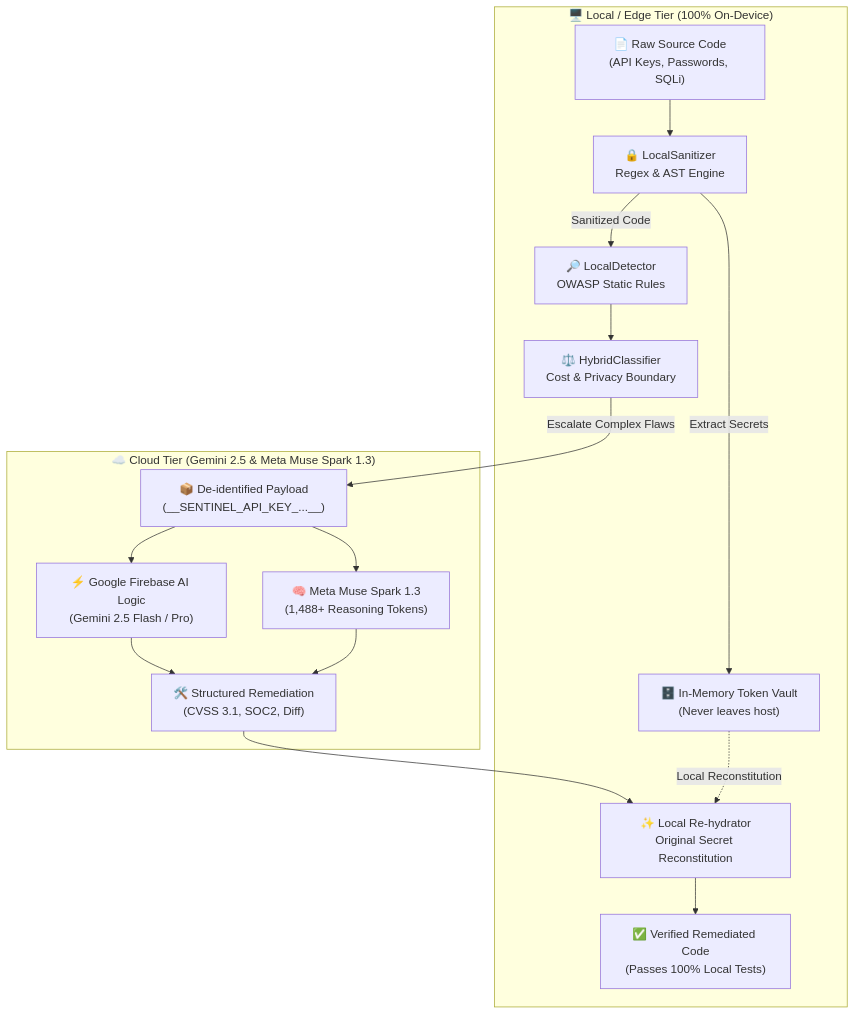
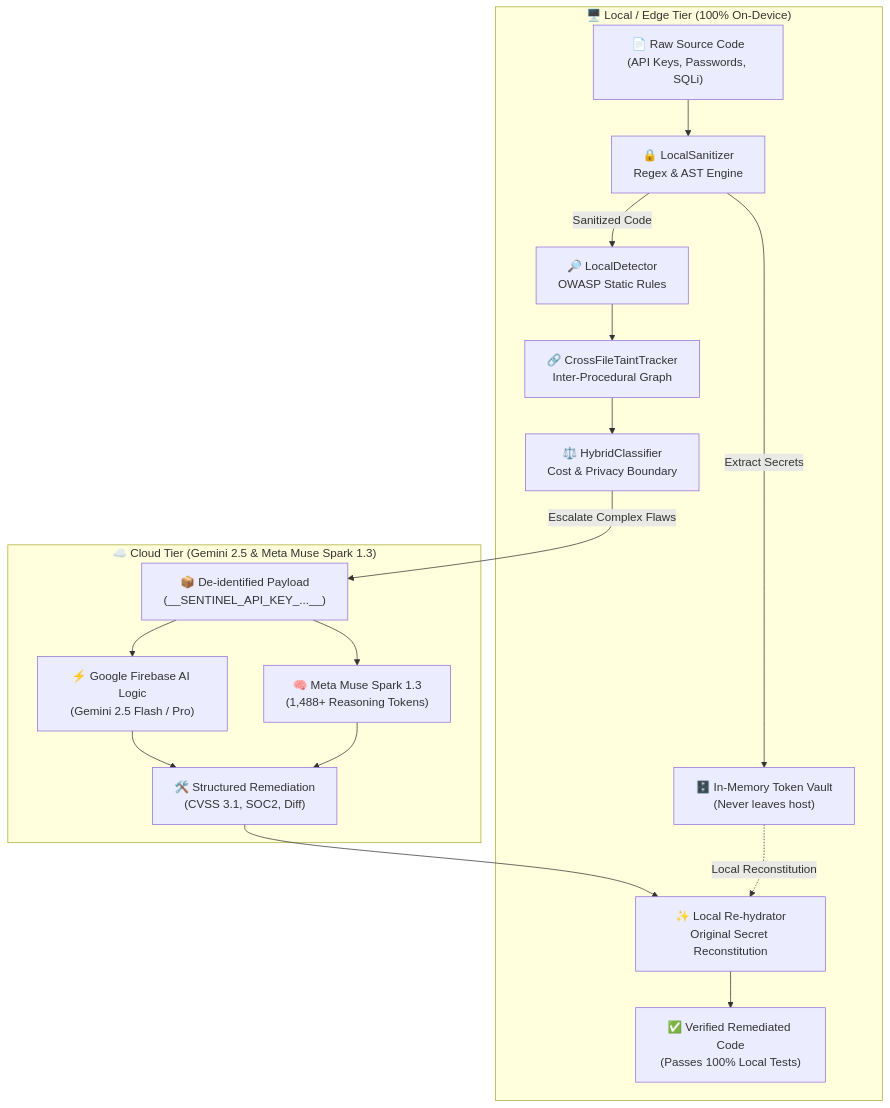
Before and after one commit to genda-benjamin/sentinel-hybrid-ai: the first of 2 diagrams in README.md, drawn with Mermaid. The commit also changed other lines of this file and 3 other files, not shown here.

````diff
--- a/README.md
+++ b/README.md
@@ -45,32 +71,34 @@
 ```mermaid
 flowchart TD
     subgraph Client ["🖥️ Local / Edge Tier (100% On-Device)"]
         Source["📄 Raw Source Code<br/>(API Keys, Passwords, SQLi)"]
         Sanitizer["🔒 LocalSanitizer<br/>Regex & AST Engine"]
         Vault["🗄️ In-Memory Token Vault<br/>(Never leaves host)"]
         Detector["🔎 LocalDetector<br/>OWASP Static Rules"]
         Classifier["⚖️ HybridClassifier<br/>Cost & Privacy Boundary"]
+        TaintEngine["🔗 CrossFileTaintTracker<br/>Inter-Procedural Graph"]
         Rehydrator["✨ Local Re-hydrator<br/>Original Secret Reconstitution"]
         Verified["✅ Verified Remediated Code<br/>(Passes 100% Local Tests)"]
     end
 
     subgraph Cloud ["☁️ Cloud Tier (Gemini 2.5 & Meta Muse Spark 1.3)"]
         Payload["📦 De-identified Payload<br/>(__SENTINEL_API_KEY_...__)"]
         FirebaseAI["⚡ Google Firebase AI Logic<br/>(Gemini 2.5 Flash / Pro)"]
         MuseAI["🧠 Meta Muse Spark 1.3<br/>(1,488+ Reasoning Tokens)"]
         Remediation["🛠️ Structured Remediation<br/>(CVSS 3.1, SOC2, Diff)"]
     end
 
     Source --> Sanitizer
     Sanitizer -->|Extract Secrets| Vault
     Sanitizer -->|Sanitized Code| Detector
-    Detector --> Classifier
+    Detector --> TaintEngine
+    TaintEngine --> Classifier
     Classifier -->|Escalate Complex Flaws| Payload
     Payload --> FirebaseAI
     Payload --> MuseAI
     FirebaseAI --> Remediation
     MuseAI --> Remediation
     Remediation --> Rehydrator
     Vault -.->|Local Reconstitution| Rehydrator
     Rehydrator --> Verified
 ```
````
